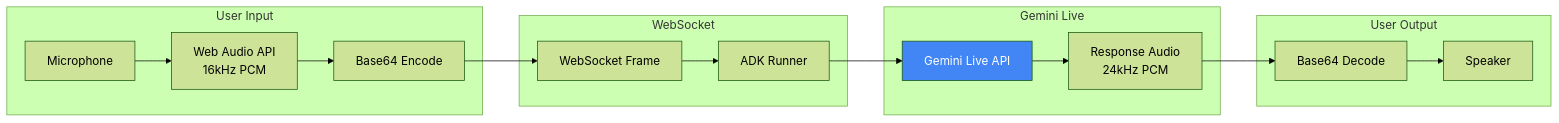
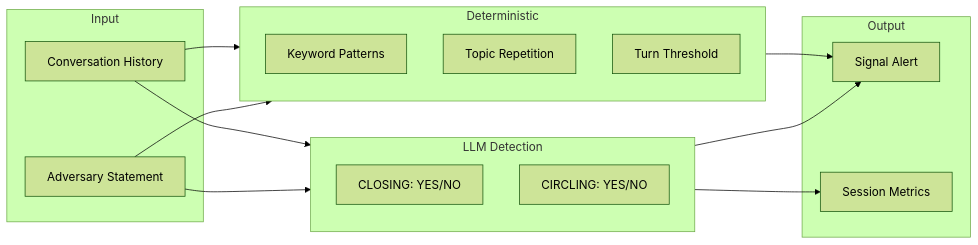
Before and after one commit to mmoussaif/devpost-google: the third of 4 diagrams in AGENTS.md, drawn with Mermaid (forest theme). The commit also changed other lines of this file and 45 other files, not shown here.

````diff
--- a/AGENTS.md
+++ b/AGENTS.md
@@ -161,24 +204,32 @@
 ```mermaid
 flowchart LR
-    subgraph Input["User Input"]
-        MIC[Microphone] --> WA[Web Audio API<br/>16kHz PCM]
-        WA --> B64E[Base64 Encode]
+    subgraph Input
+        Text[Adversary Statement]
+        History[Conversation History]
     end
-
-    subgraph Transport["WebSocket"]
-        B64E --> WS[WebSocket Frame]
-        WS --> ADK[ADK Runner]
+    
+    subgraph LLM["LLM Detection"]
+        Closing[CLOSING: YES/NO]
+        Circling[CIRCLING: YES/NO]
     end
-
-    subgraph Gemini["Gemini Live"]
-        ADK --> GL[Gemini Live API]
-        GL --> RESP[Response Audio<br/>24kHz PCM]
+    
+    subgraph Deterministic
+        Keywords[Keyword Patterns]
+        TopicCount[Topic Repetition]
+        TurnCount[Turn Threshold]
     end
-
-    subgraph Output["User Output"]
-        RESP --> B64D[Base64 Decode]
-        B64D --> SPK[Speaker]
+    
+    subgraph Output
+        Signal[Signal Alert]
+        Metrics[Session Metrics]
     end
-
-    style GL fill:#4285F4,color:white
+    
+    Text --> LLM
+    History --> LLM
+    Text --> Deterministic
+    History --> Deterministic
+    
+    LLM --> Signal
+    Deterministic --> Signal
+    LLM --> Metrics
 ```
````
